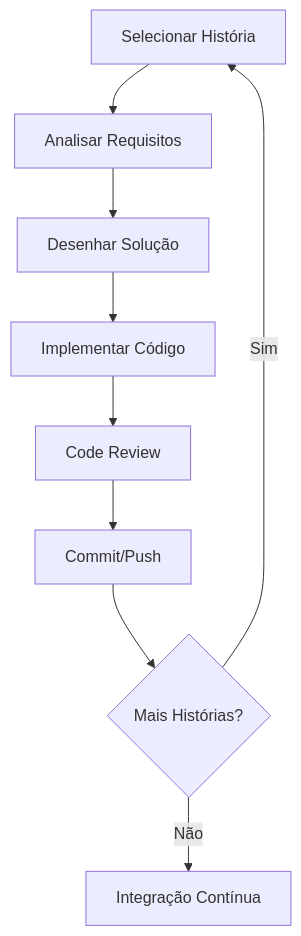
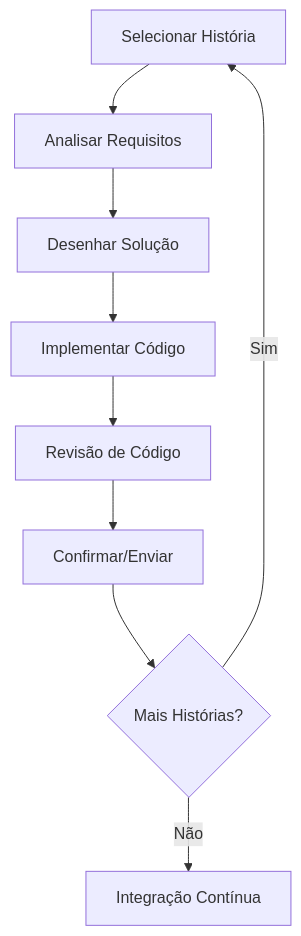
Before and after one commit to llopes05/pds-corporativo: the third of 8 diagrams in index.md, drawn with Mermaid. The commit also changed other lines of this file and 2 other files, not shown here.

````diff
--- a/index.md
+++ b/index.md
@@ -49,11 +48,11 @@
 ```mermaid
 flowchart TD
     A[Selecionar História] --> B[Analisar Requisitos]
     B --> C[Desenhar Solução]
     C --> D[Implementar Código]
-    D --> E[Code Review]
-    E --> F[Commit/Push]
+    D --> E[Revisão de Código]
+    E --> F[Confirmar/Enviar]
     F --> G{Mais Histórias?}
     G -->|Sim| A
     G -->|Não| H[Integração Contínua]
 ```
````
